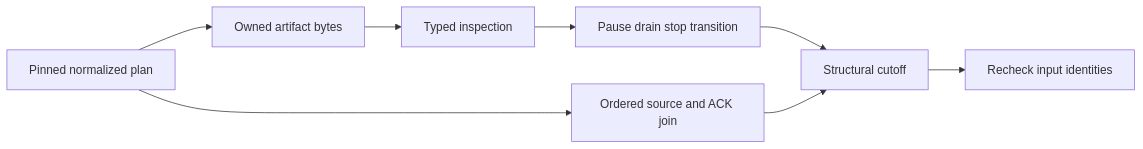
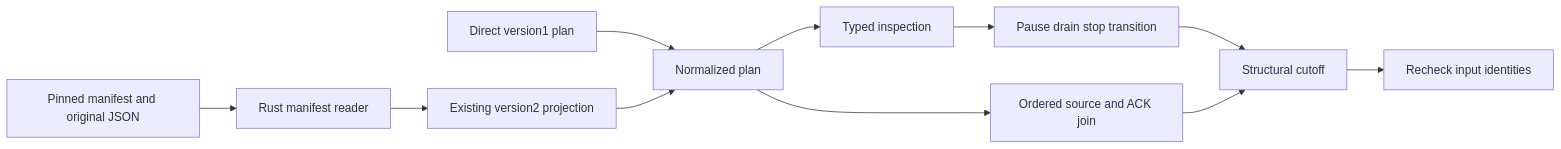
Before and after one commit to kmosoti/FabricO11y: the second of 3 diagrams in docs/architecture/engineering-evidence.md, drawn with Mermaid. The commit also changed other lines of this file and 2 other files, not shown here.

First line of the commit message:
Document Rust custody capture integration

````diff
--- a/docs/architecture/engineering-evidence.md
+++ b/docs/architecture/engineering-evidence.md
@@ -46,10 +51,13 @@
 ```mermaid
 flowchart LR
-    Plan[Pinned normalized plan] --> Bytes[Owned artifact bytes]
-    Bytes --> Inspect[Typed inspection]
+    Capture[Pinned manifest and original JSON] --> Reader[Rust manifest reader]
+    Reader --> V2[Existing version2 projection]
+    V1[Direct version1 plan] --> Plan[Normalized plan]
+    V2 --> Plan
+    Plan --> Inspect[Typed inspection]
     Inspect --> Cutoff[Pause drain stop transition]
     Plan --> Join[Ordered source and ACK join]
     Cutoff --> Result[Structural cutoff]
     Join --> Result
     Result --> Recheck[Recheck input identities]
 ```
````
